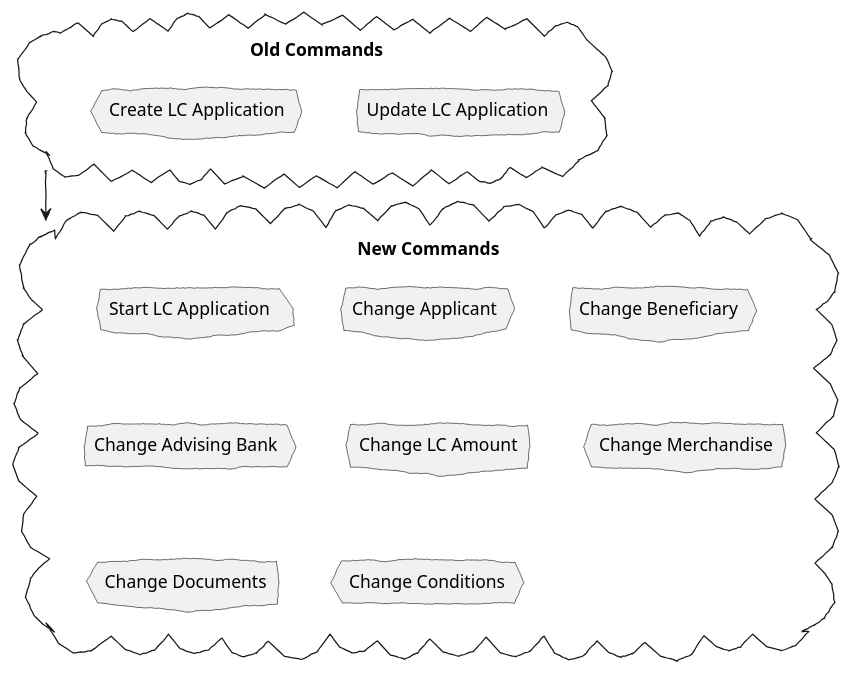
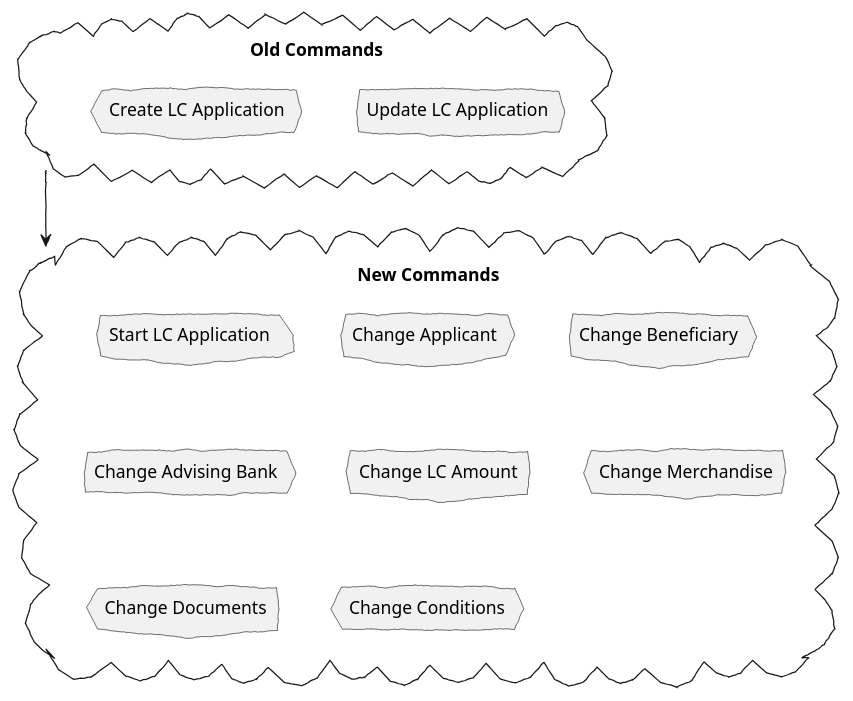
One commit to PacktPublishing/Domain-Driven-Design-with-Java-A-Practitioner-s-Guide changed the second of 3 diagrams in book/src/docs/asciidoc/06-implementing-a-task-based-ui.adoc. Above: the diagram before and after it, drawn with PlantUML. The commit also changed other lines of this file and 2 other files, not shown here.

```diff
--- a/book/src/docs/asciidoc/06-implementing-a-task-based-ui.adoc
+++ b/book/src/docs/asciidoc/06-implementing-a-task-based-ui.adoc
@@ -147,24 +149,24 @@
 [plantuml,revised-commands]
 ....
 @startuml
 skinparam handwritten true
 skinparam CloudFontName "Gloria Hallelujah"
 cloud "Old Commands" as Old {
     cloud "Update LC Application"
     cloud "Create LC Application"
 }
 
 cloud "New Commands" as New {
     cloud "Start LC Application"
     cloud "Change Applicant"
     cloud "Change Beneficiary"
     cloud "Change Advising Bank"
     cloud "Change LC Amount"
     cloud "Change Merchandise"
     cloud "Change Documents"
     cloud "Change Conditions"
 }
 
-Old -down-> New
+Old ---> New
 @enduml
 ....
```
